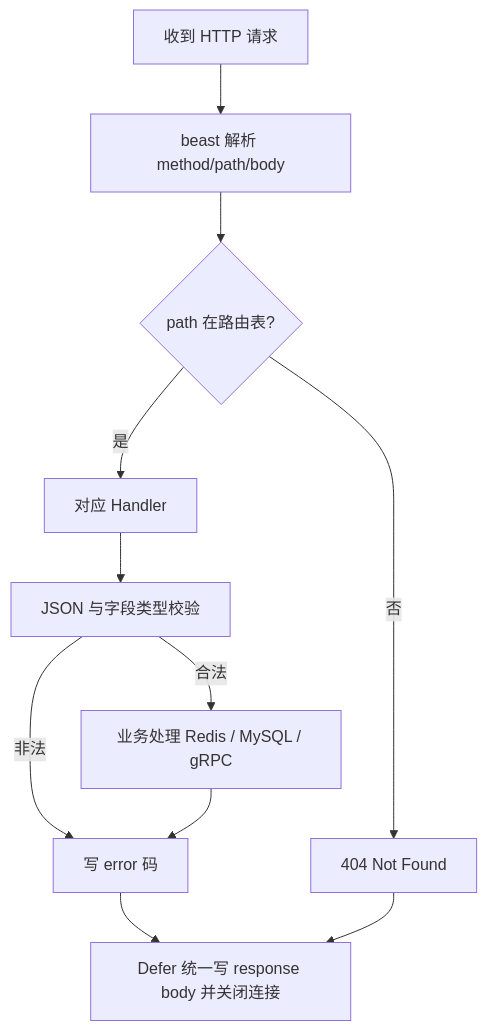
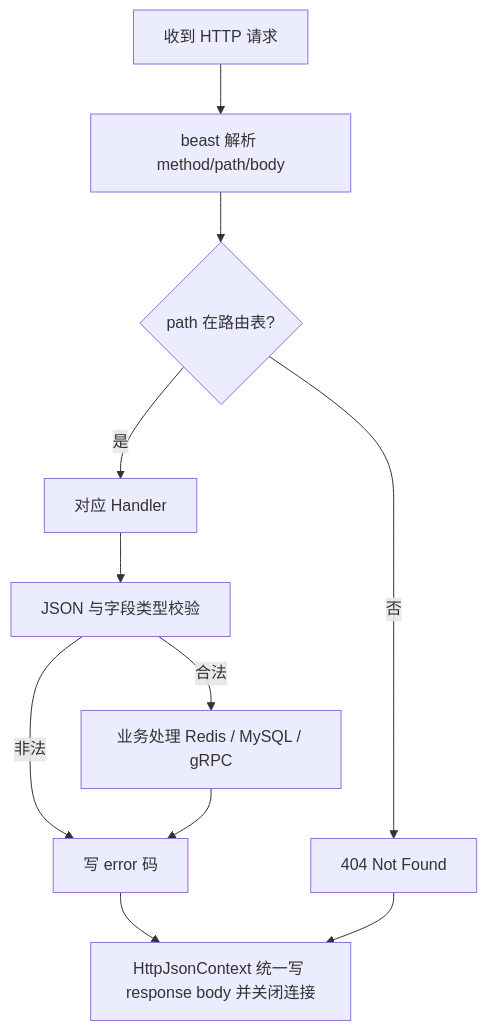
One commit to codeT2001/MyChat changed the first of 4 diagrams in Servers/GateServer/README.md. Above: the diagram before and after it, drawn with Mermaid. The commit also changed other lines of this file and 6 other files, not shown here.

````diff
--- a/Servers/GateServer/README.md
+++ b/Servers/GateServer/README.md
@@ -17,13 +19,13 @@
 ```mermaid
 flowchart TD
     Req[收到 HTTP 请求] --> Parse[beast 解析 method/path/body]
     Parse --> Match{"path 在路由表?"}
     Match -- 否 --> R404[404 Not Found]
     Match -- 是 --> H[对应 Handler]
     H --> Chk[JSON 与字段类型校验]
     Chk -- 非法 --> Err[写 error 码]
     Chk -- 合法 --> Biz[业务处理 Redis / MySQL / gRPC]
     Biz --> Err
-    Err --> Resp[Defer 统一写 response body 并关闭连接]
+    Err --> Resp[HttpJsonContext 统一写 response body 并关闭连接]
     R404 --> Resp
 ```
````
